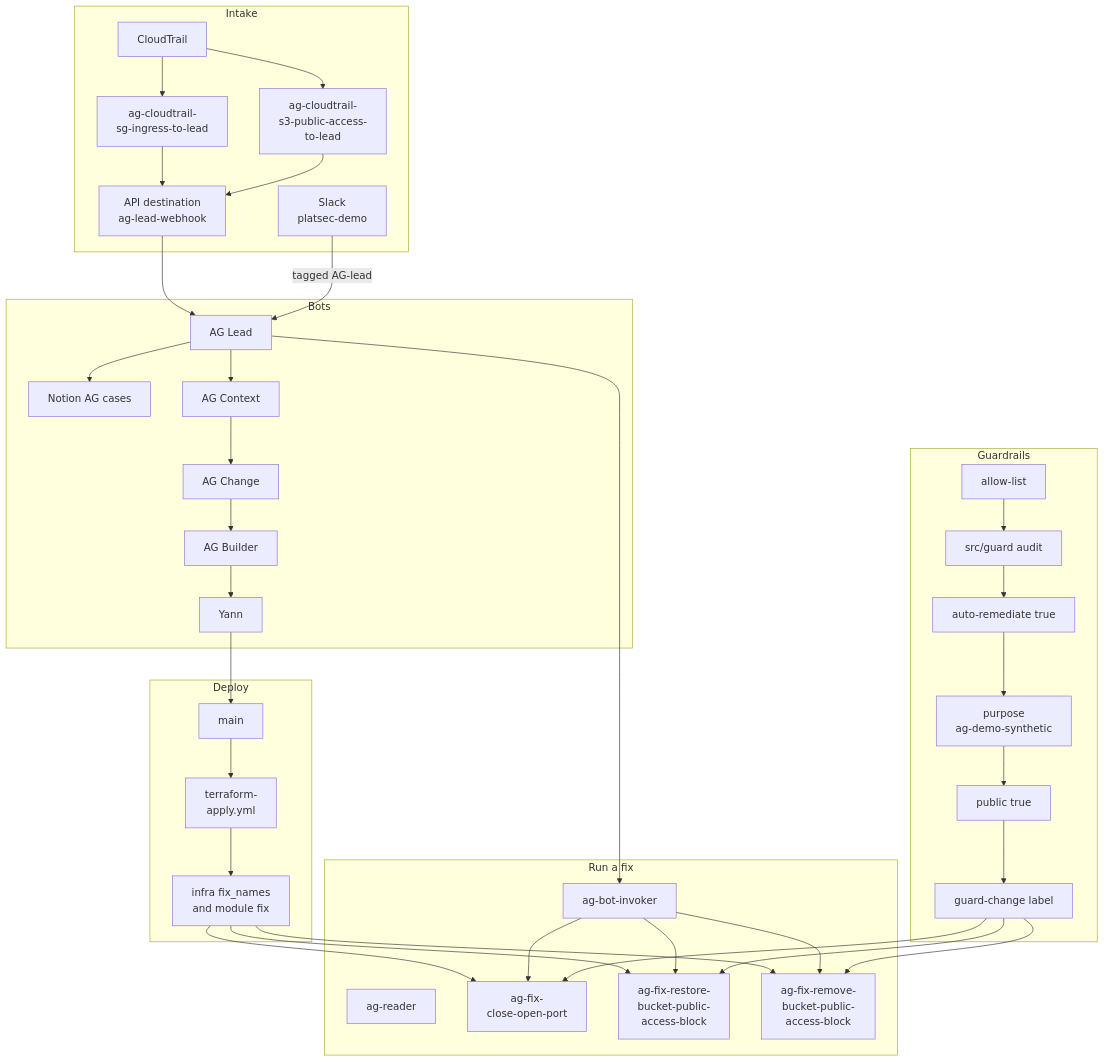
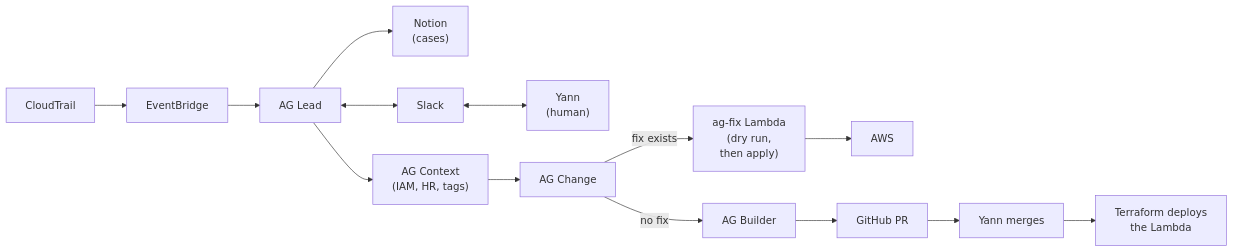
Before and after one commit to yannhowe/access-guardian: the diagram in site/slides.md, drawn with Mermaid. The commit also changed other lines of this file and 2 other files, not shown here.

Commit message:
Restyle the talk deck in the resume site style.
Four slides use the paper background, teal type, and left-aligned headlines. The diagram keeps the label-width fix.

````diff
--- a/site/slides.md
+++ b/site/slides.md
@@ -43,72 +25,9 @@
 ```mermaid
-flowchart TD
-  subgraph intakeBox [Intake]
-    cloudtrail[CloudTrail]
-    sgRule["ag-cloudtrail-<br/>sg-ingress-to-lead"]
-    s3Rule["ag-cloudtrail-<br/>s3-public-access-<br/>to-lead"]
-    apiDest["API destination<br/>ag-lead-webhook"]
-    slack["Slack<br/>platsec-demo"]
-    cloudtrail --> sgRule
-    cloudtrail --> s3Rule
-    sgRule --> apiDest
-    s3Rule --> apiDest
-  end
-
-  subgraph botsBox [Bots]
-    lead["AG Lead"]
-    notion["Notion AG cases"]
-    context["AG Context"]
-    changeBot["AG Change"]
-    builder["AG Builder"]
-    yann[Yann]
-  end
-
-  subgraph deployBox [Deploy]
-    mainBranch[main]
-    applyWf["terraform-<br/>apply.yml"]
-    terraform["infra fix_names<br/>and module fix"]
-  end
-
-  subgraph runBox [Run a fix]
-    invoker["ag-bot-invoker"]
-    reader["ag-reader"]
-    closeFn["ag-fix-<br/>close-open-port"]
-    restoreFn["ag-fix-restore-<br/>bucket-public-<br/>access-block"]
-    removeFn["ag-fix-remove-<br/>bucket-public-<br/>access-block"]
-  end
-
-  subgraph gatesBox [Guardrails]
-    allowList["allow-list"]
-    guardAudit["src/guard audit"]
-    tagAuto["auto-remediate true"]
-    tagPurpose["purpose<br/>ag-demo-synthetic"]
-    tagPublic["public true"]
-    guardLabel["guard-change label"]
-  end
-
-  apiDest --> lead
-  slack -->|"tagged AG-lead"| lead
-  lead --> notion
-  lead --> context
-  context --> changeBot
-  changeBot --> builder
-  builder --> yann
-  yann --> mainBranch
-  mainBranch --> applyWf
-  applyWf --> terraform
-  terraform --> closeFn
-  terraform --> restoreFn
-  terraform --> removeFn
-  lead --> invoker
-  invoker --> closeFn
-  invoker --> restoreFn
-  invoker --> removeFn
-  allowList --> guardAudit
-  guardAudit --> tagAuto
-  tagAuto --> tagPurpose
-  tagPurpose --> tagPublic
-  tagPublic --> guardLabel
-  guardLabel --> closeFn
-  guardLabel --> restoreFn
-  guardLabel --> removeFn
+flowchart LR
+  cloudtrail[CloudTrail] --> eventbridge[EventBridge] --> lead[AG Lead]
+  lead --> notion["Notion<br/>(cases)"]
+  lead <--> slack[Slack] <--> yann["Yann<br/>(human)"]
+  lead --> context["AG Context<br/>(IAM, HR, tags)"] --> change[AG Change]
+  change -->|fix exists| lambda["ag-fix Lambda<br/>(dry run,<br/>then apply)"] --> aws[AWS]
+  change -->|no fix| builder[AG Builder] --> pr[GitHub PR] --> merges["Yann merges"] --> deploy["Terraform deploys<br/>the Lambda"]
 ```
````
